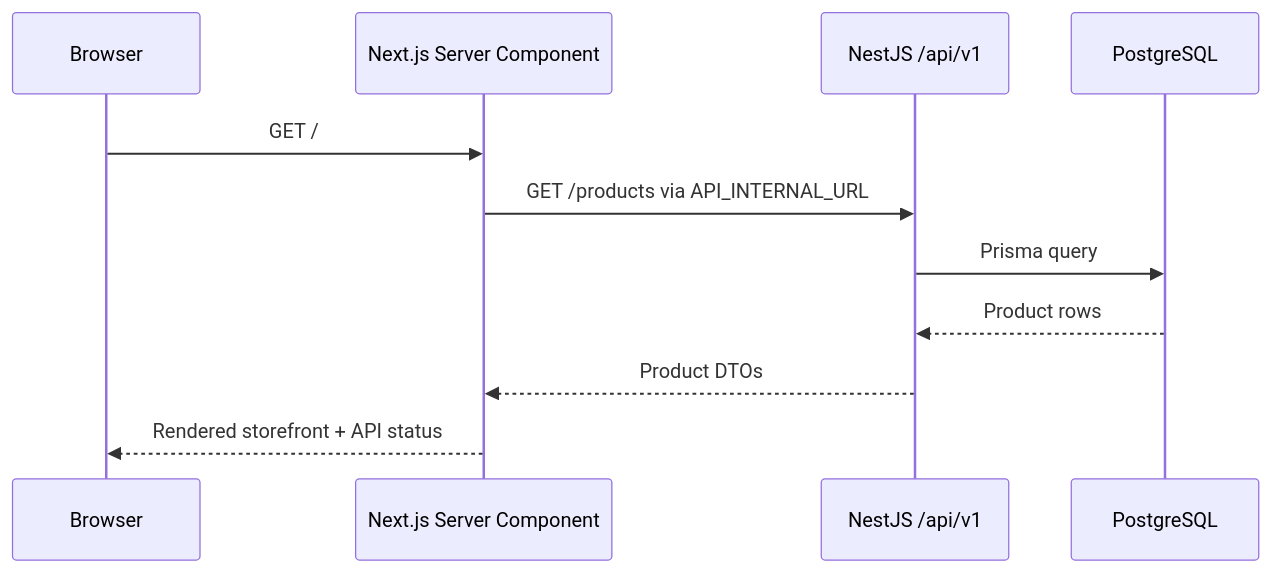
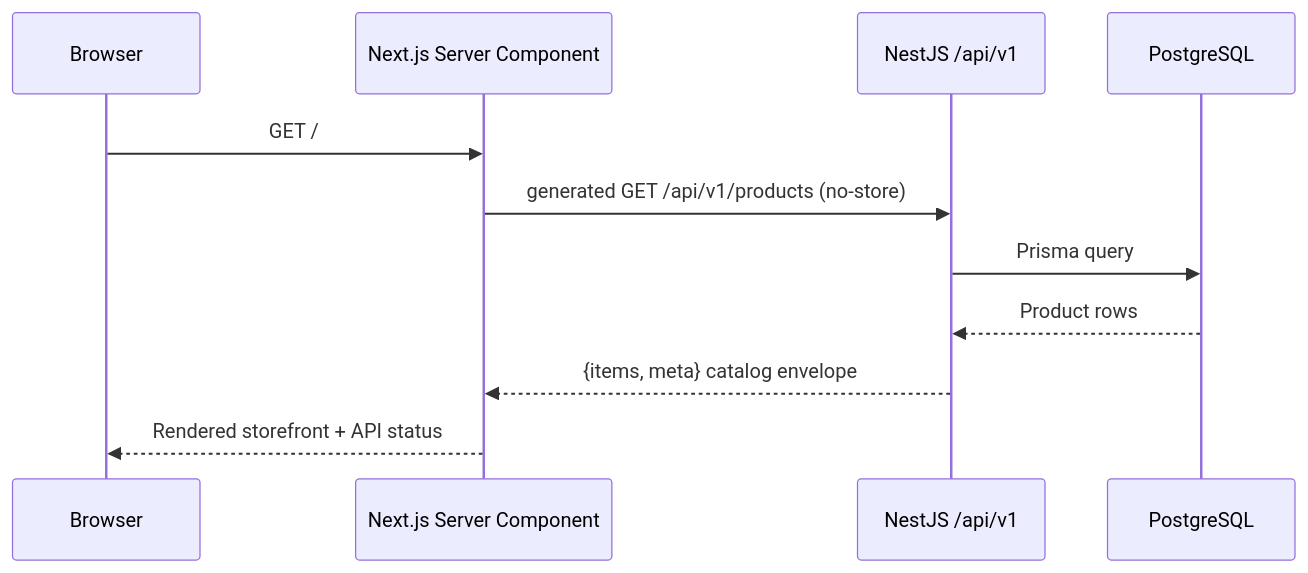
The diagram in apps/web/README.md (ferbert-dev/hop-and-barley-store), drawn with Mermaid before and after one commit. The commit also changed other lines of this file and 148 other files, not shown here.

````diff
--- a/apps/web/README.md
+++ b/apps/web/README.md
@@ -17,14 +17,14 @@
 ```mermaid
 sequenceDiagram
     participant Browser
     participant Web as Next.js Server Component
     participant API as NestJS /api/v1
     participant DB as PostgreSQL
 
     Browser->>Web: GET /
-    Web->>API: GET /products via API_INTERNAL_URL
+    Web->>API: generated GET /api/v1/products (no-store)
     API->>DB: Prisma query
     DB-->>API: Product rows
-    API-->>Web: Product DTOs
+    API-->>Web: {items, meta} catalog envelope
     Web-->>Browser: Rendered storefront + API status
 ```
````
